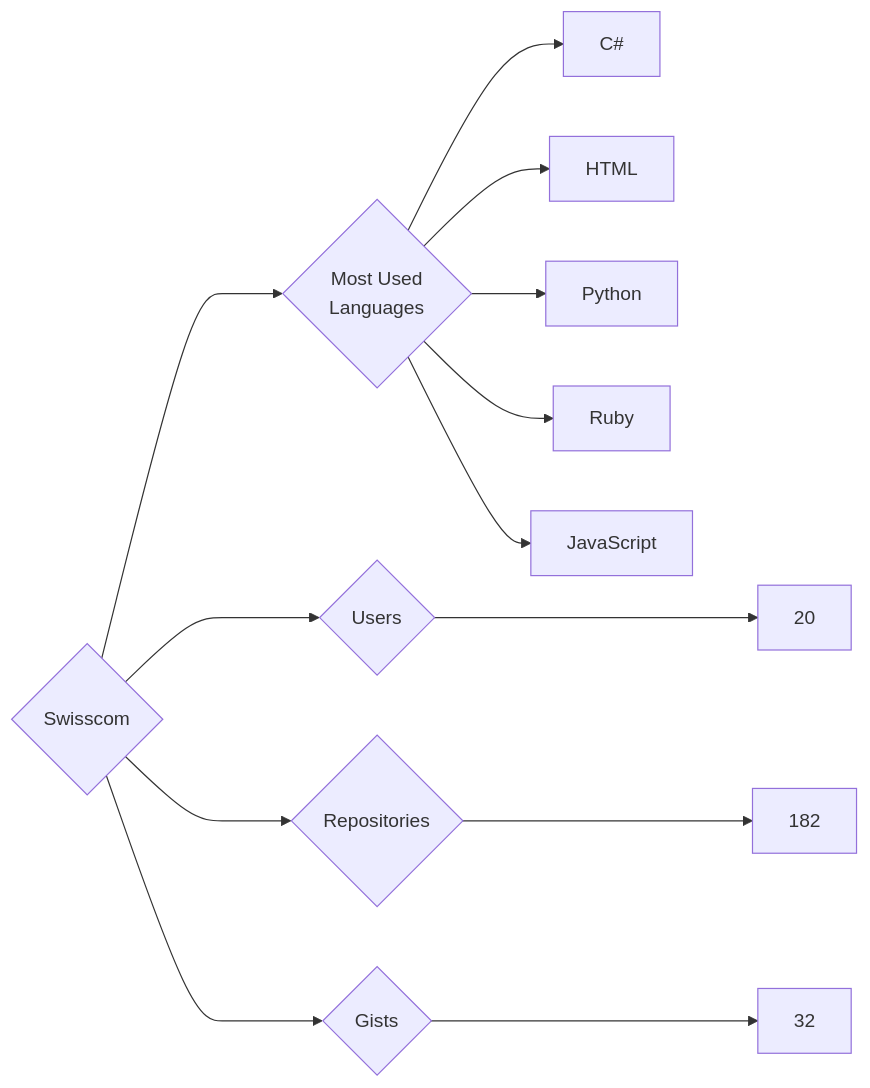
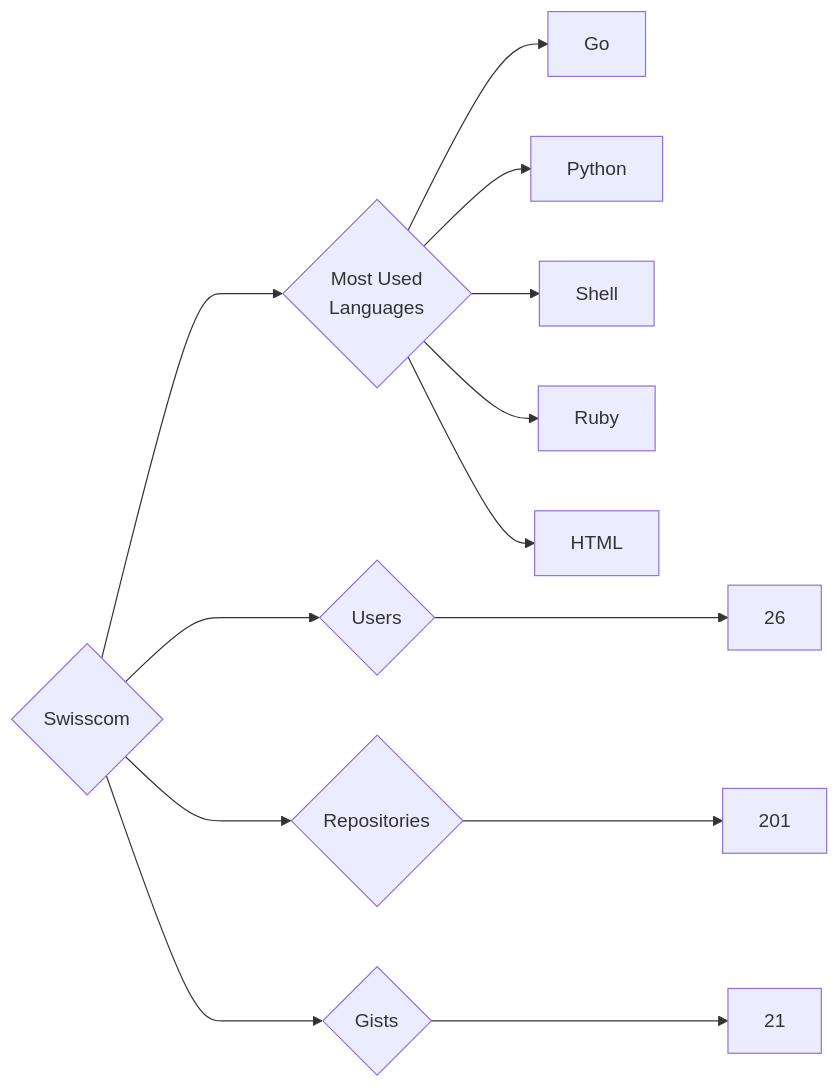
The diagram in targets/Swisscom/README.md (trickest/insiders), drawn with Mermaid before and after one commit. The commit also changed 871 other files, not shown here.

````diff
--- a/targets/Swisscom/README.md
+++ b/targets/Swisscom/README.md
@@ -3,13 +3,13 @@
 ```mermaid
 graph LR
 COMPANY_NAME{Swisscom}
-COMPANY_NAME ---> U{Users} ---> UN[20]
-COMPANY_NAME ---> R{Repositories} ---> RN[182]
-COMPANY_NAME ---> G{Gists} ---> GN[32]
+COMPANY_NAME ---> U{Users} ---> UN[26]
+COMPANY_NAME ---> R{Repositories} ---> RN[201]
+COMPANY_NAME ---> G{Gists} ---> GN[21]
 COMPANY_NAME ---> ML{Most Used<br>Languages}
-ML --> C#[C#]
+ML --> Go[Go]
+ML --> Python[Python]
+ML --> Shell[Shell]
+ML --> Ruby[Ruby]
 ML --> HTML[HTML]
-ML --> Python[Python]
-ML --> Ruby[Ruby]
-ML --> JavaScript[JavaScript]
 ```
````
